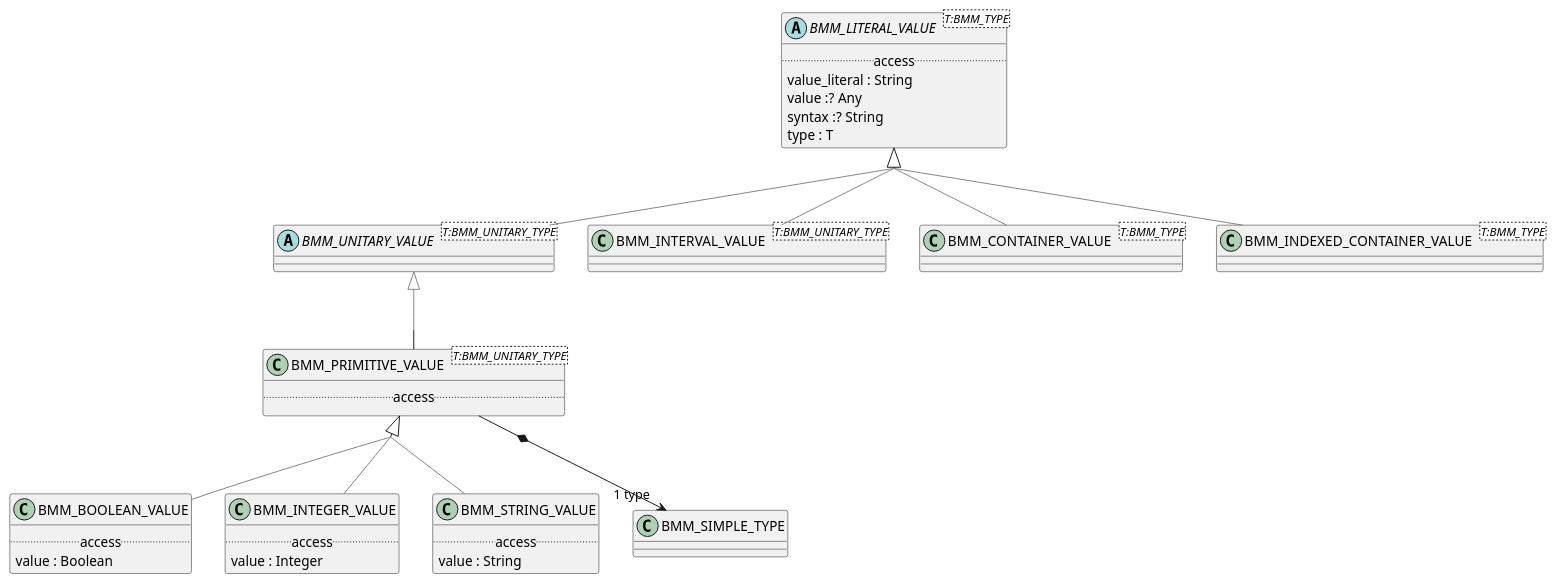
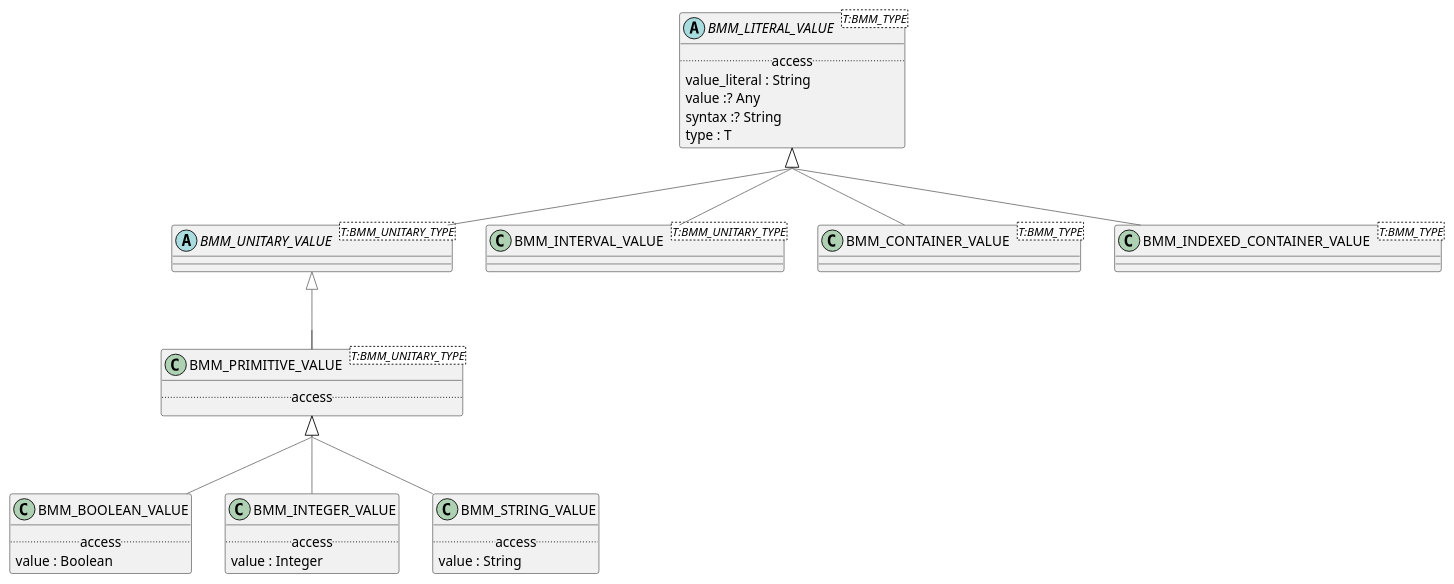
The diagram in modules/ROOT/examples/bmm/languages/bmm/bmm_model/value/value-package-uml.adoc (wolandscat/openehr-doc), drawn with PlantUML before and after one commit. The commit also changed 541 other files, not shown here.

Commit message:
Regen with override markers, and override relations removed from UML.

```diff
--- a/modules/ROOT/examples/bmm/languages/bmm/bmm_model/value/value-package-uml.adoc
+++ b/modules/ROOT/examples/bmm/languages/bmm/bmm_model/value/value-package-uml.adoc
@@ -3,72 +3,70 @@
 [plantuml,opts=interactive,link=self]
 ....
 skinparam groupInheritance 2
 skinparam citedClassColor #FDFDFD
 
 
 class BMM_BOOLEAN_VALUE [[/openehr-doc/latest/languages/bmm-gen.html#_class_bmm_boolean_value]] {
         .. access ..
         value : Boolean
 }
 
-BMM_BOOLEAN_VALUE -[#gray]up-|> BMM_PRIMITIVE_VALUE  
+BMM_BOOLEAN_VALUE -[#gray]up-|> BMM_PRIMITIVE_VALUE
 
 
 class BMM_INTERVAL_VALUE<T:BMM_UNITARY_TYPE> [[/openehr-doc/latest/languages/bmm-gen.html#_class_bmm_interval_value]] {
 }
 
-BMM_INTERVAL_VALUE -[#gray]up-|> BMM_LITERAL_VALUE  
+BMM_INTERVAL_VALUE -[#gray]up-|> BMM_LITERAL_VALUE
 
 
 abstract class BMM_UNITARY_VALUE<T:BMM_UNITARY_TYPE> [[/openehr-doc/latest/languages/bmm-gen.html#_class_bmm_unitary_value]] {
 }
 
-BMM_UNITARY_VALUE -[#gray]up-|> BMM_LITERAL_VALUE  
+BMM_UNITARY_VALUE -[#gray]up-|> BMM_LITERAL_VALUE
 
 
 class BMM_CONTAINER_VALUE<T:BMM_TYPE> [[/openehr-doc/latest/languages/bmm-gen.html#_class_bmm_container_value]] {
 }
 
-BMM_CONTAINER_VALUE -[#gray]up-|> BMM_LITERAL_VALUE  
+BMM_CONTAINER_VALUE -[#gray]up-|> BMM_LITERAL_VALUE
 
 
 class BMM_INTEGER_VALUE [[/openehr-doc/latest/languages/bmm-gen.html#_class_bmm_integer_value]] {
         .. access ..
         value : Integer
 }
 
-BMM_INTEGER_VALUE -[#gray]up-|> BMM_PRIMITIVE_VALUE  
+BMM_INTEGER_VALUE -[#gray]up-|> BMM_PRIMITIVE_VALUE
 
 
 class BMM_STRING_VALUE [[/openehr-doc/latest/languages/bmm-gen.html#_class_bmm_string_value]] {
         .. access ..
         value : String
 }
 
-BMM_STRING_VALUE -[#gray]up-|> BMM_PRIMITIVE_VALUE  
+BMM_STRING_VALUE -[#gray]up-|> BMM_PRIMITIVE_VALUE
 
 
 abstract class BMM_LITERAL_VALUE<T:BMM_TYPE> [[/openehr-doc/latest/languages/bmm-gen.html#_class_bmm_literal_value]] {
         .. access ..
         value_literal : String
         value :? Any
         syntax :? String
         type : T
 }
 
 class BMM_INDEXED_CONTAINER_VALUE<T:BMM_TYPE> [[/openehr-doc/latest/languages/bmm-gen.html#_class_bmm_indexed_container_value]] {
 }
 
-BMM_INDEXED_CONTAINER_VALUE -[#gray]up-|> BMM_LITERAL_VALUE  
+BMM_INDEXED_CONTAINER_VALUE -[#gray]up-|> BMM_LITERAL_VALUE
 
 
 class BMM_PRIMITIVE_VALUE<T:BMM_UNITARY_TYPE> [[/openehr-doc/latest/languages/bmm-gen.html#_class_bmm_primitive_value]] {
         .. access ..
 }
 
-BMM_PRIMITIVE_VALUE -[#gray]up-|> BMM_UNITARY_VALUE  
+BMM_PRIMITIVE_VALUE -[#gray]up-|> BMM_UNITARY_VALUE
 
 
-BMM_PRIMITIVE_VALUE *--> "1 type" BMM_SIMPLE_TYPE
-
 ....
```
